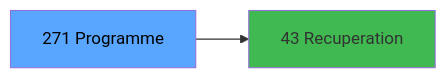
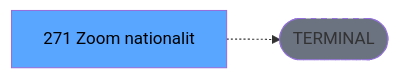
The third of 3 diagrams in .openspec/renders/ADH-IDE-271.md (thonyAGP/lecteur-magic), drawn with Mermaid before and after one commit. The commit also changed other lines of this file and 701 other files, not shown here.

````diff
--- a/.openspec/renders/ADH-IDE-271.md
+++ b/.openspec/renders/ADH-IDE-271.md
@@ -139,8 +134,8 @@
 ```mermaid
 graph LR
-    T[271 Programme]
-    C43[43 Recuperation]
-    T --> C43
+    T[271 Zoom nationalit]
+    TERM([TERMINAL])
+    T -.-> TERM
+    style TERM fill:#6b7280,stroke-dasharray: 5 5
     style T fill:#58a6ff,color:#000
-    style C43 fill:#3fb950
 ```
````
